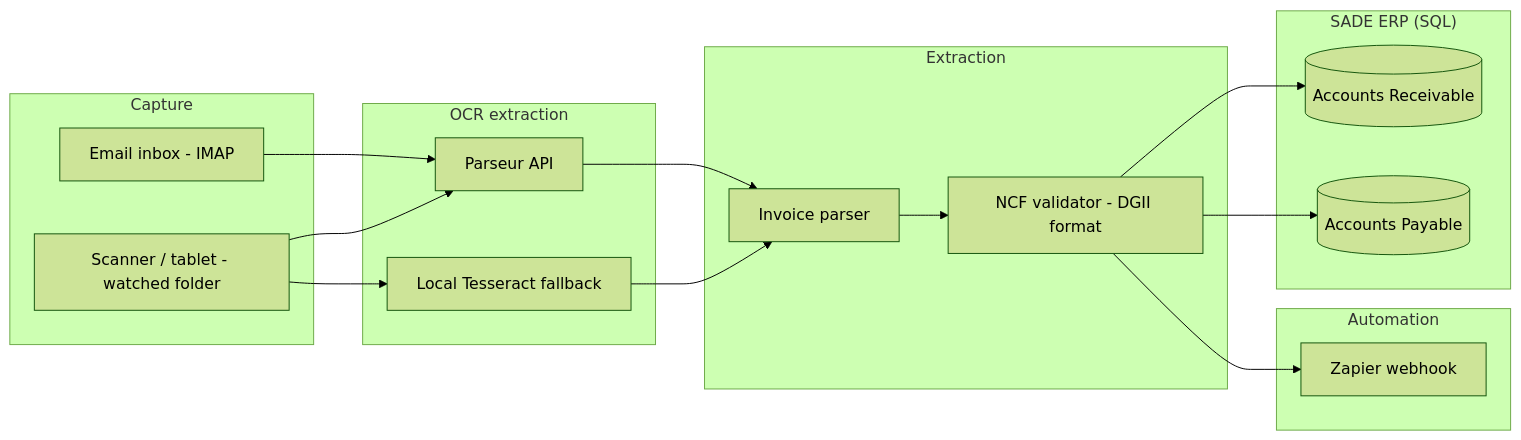
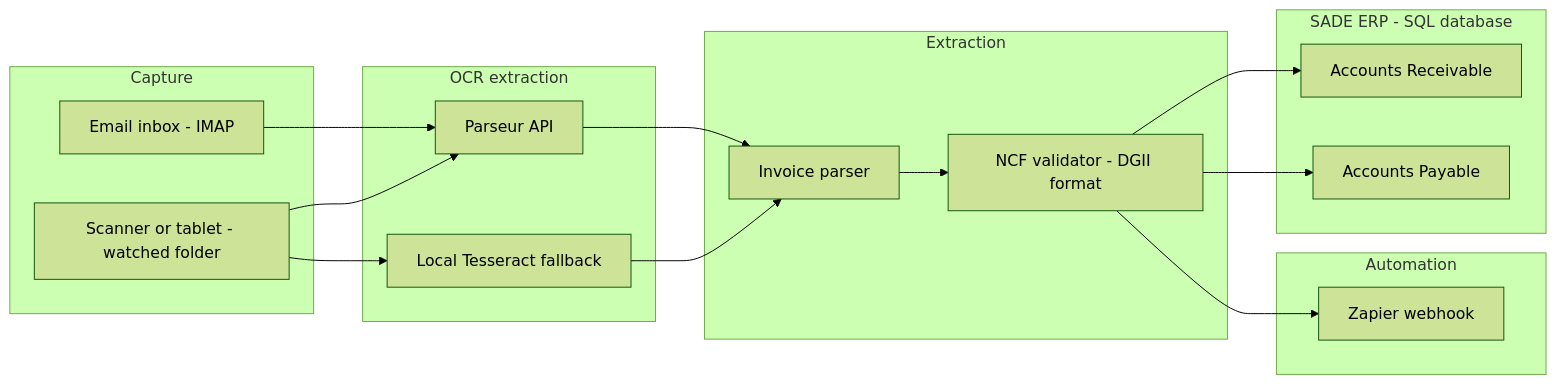
Before and after one commit to MrBoyard7/invoice-ocr-erp-automation-agent: the diagram in README.md, drawn with Mermaid (forest theme). The commit also changed 4 other files, not shown here.

Commit message:
Fix Mermaid diagram rendering on GitHub (simplify node shapes and subgraph syntax)

````diff
--- a/README.md
+++ b/README.md
@@ -77,36 +77,36 @@
 ```mermaid
 flowchart LR
-    subgraph Capture
+    subgraph Capture[Capture]
         A1[Email inbox - IMAP]
-        A2[Scanner / tablet - watched folder]
+        A2[Scanner or tablet - watched folder]
     end
 
-    subgraph OCR["OCR extraction"]
+    subgraph OCR[OCR extraction]
         B1[Parseur API]
         B2[Local Tesseract fallback]
     end
 
-    subgraph Extraction
+    subgraph Extraction[Extraction]
         C1[Invoice parser]
         C2[NCF validator - DGII format]
     end
 
-    subgraph Automation
+    subgraph Automation[Automation]
         D1[Zapier webhook]
     end
 
-    subgraph ERP["SADE ERP (SQL)"]
-        E1[(Accounts Receivable)]
-        E2[(Accounts Payable)]
+    subgraph ERP[SADE ERP - SQL database]
+        E1[Accounts Receivable]
+        E2[Accounts Payable]
     end
 
     A1 --> B1
     A2 --> B1
     A2 --> B2
     B1 --> C1
     B2 --> C1
     C1 --> C2
     C2 --> D1
     C2 --> E1
     C2 --> E2
 ```
````
